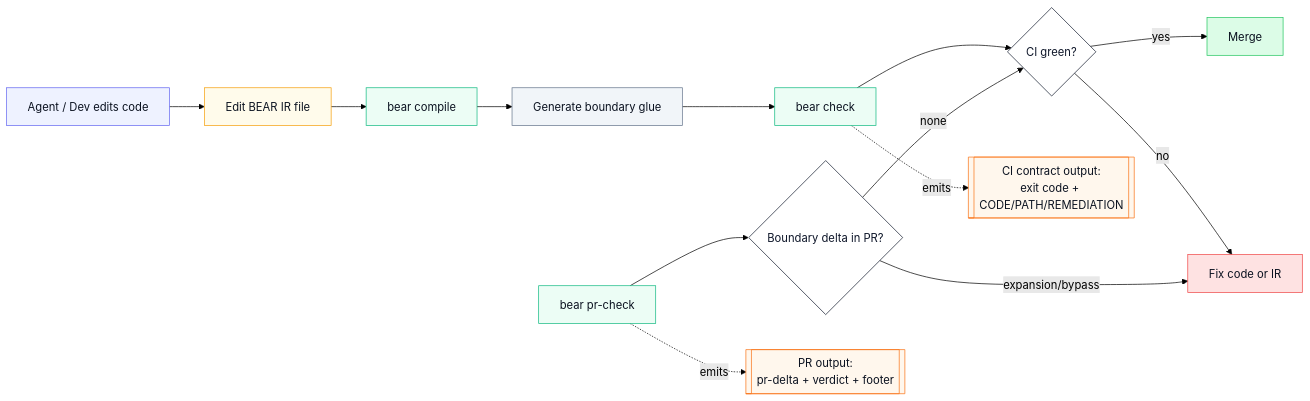
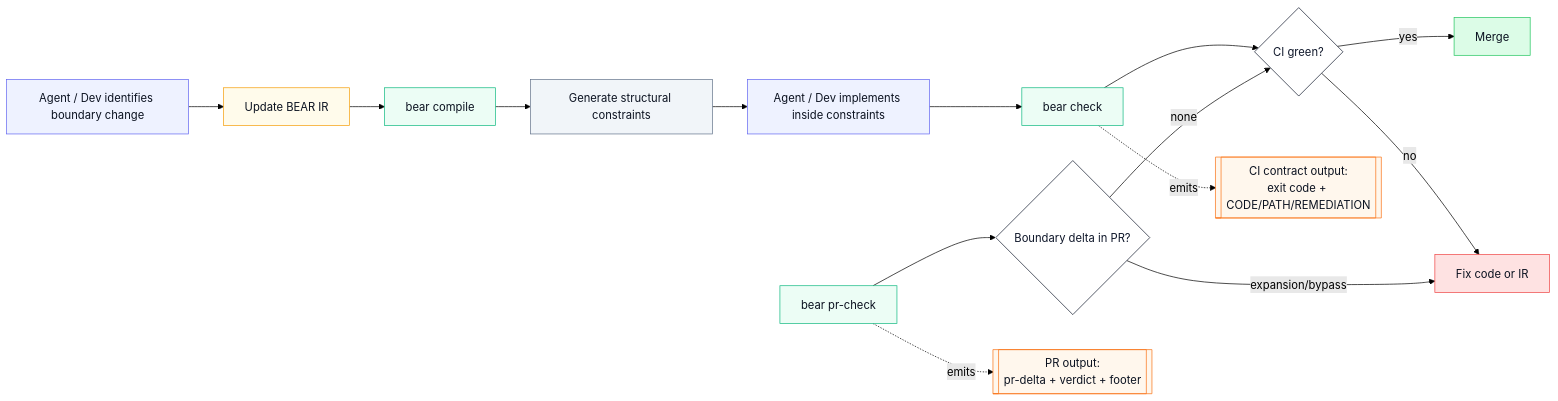
One commit to Premshay/bear-cli changed the diagram in README.md. Above: the diagram before and after it, drawn with Mermaid (forest theme). The commit also changed other lines of this file and 6 other files, not shown here.

````diff
--- a/README.md
+++ b/README.md
@@ -11,27 +21,28 @@
 ```mermaid
 %% id: bear-workflow-v1
 flowchart LR
-  A[Agent / Dev edits code]:::actor --> B[Edit BEAR IR file]:::ir
+  A[Agent / Dev identifies boundary change]:::actor --> B[Update BEAR IR]:::ir
   B --> C[bear compile]:::cmd
-  C --> D[Generate boundary glue]:::gen
-  D --> E[bear check]:::cmd
-  E --> F{CI green?}:::gate
-  F -- yes --> G[Merge]:::ok
-  F -- no --> H[Fix code or IR]:::bad
+  C --> D[Generate structural constraints]:::gen
+  D --> E[Agent / Dev implements inside constraints]:::actor
+  E --> F[bear check]:::cmd
+  F --> G{CI green?}:::gate
+  G -- yes --> H[Merge]:::ok
+  G -- no --> I[Fix code or IR]:::bad
 
-  I[bear pr-check]:::cmd --> J{Boundary delta in PR?}:::gate
-  J -- none --> F
-  J -- expansion/bypass --> H
+  J[bear pr-check]:::cmd --> K{Boundary delta in PR?}:::gate
+  K -- none --> G
+  K -- expansion/bypass --> I
 
-  E -. emits .-> S1[[CI contract output:<br/>exit code + CODE/PATH/REMEDIATION]]:::signal
-  I -. emits .-> S2[[PR output:<br/>pr-delta + verdict + footer]]:::signal
+  F -. emits .-> S1[[CI contract output:<br/>exit code + CODE/PATH/REMEDIATION]]:::signal
+  J -. emits .-> S2[[PR output:<br/>pr-delta + verdict + footer]]:::signal
 
   classDef actor fill:#EEF2FF,stroke:#6366F1,color:#0B1220;
   classDef ir fill:#FFFBEB,stroke:#F59E0B,color:#0B1220;
   classDef cmd fill:#ECFDF5,stroke:#10B981,color:#0B1220;
   classDef gen fill:#F1F5F9,stroke:#64748B,color:#0B1220;
   classDef gate fill:#FFFFFF,stroke:#0F172A,color:#0F172A;
   classDef ok fill:#DCFCE7,stroke:#22C55E,color:#0B1220;
   classDef bad fill:#FEE2E2,stroke:#EF4444,color:#0B1220;
   classDef signal fill:#FFF7ED,stroke:#F97316,color:#0B1220;
 ```
````
